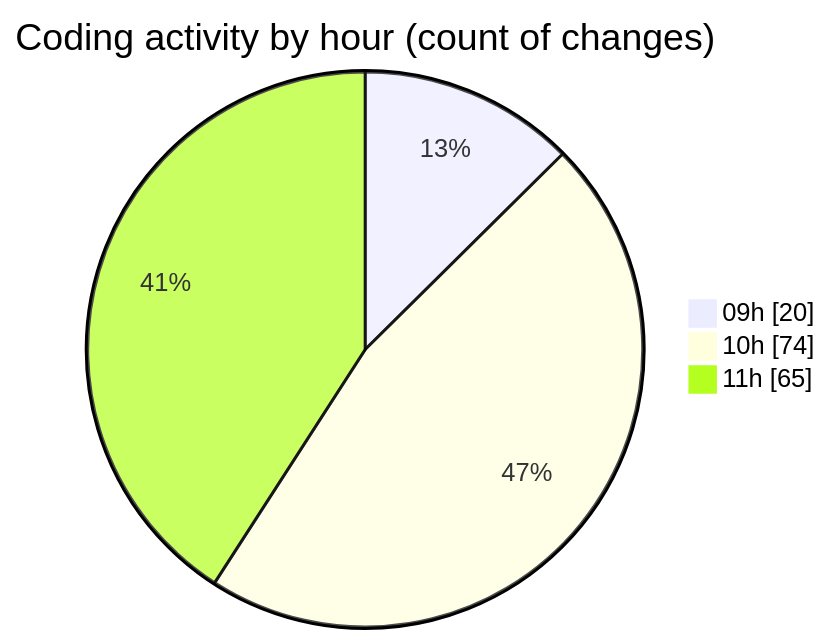
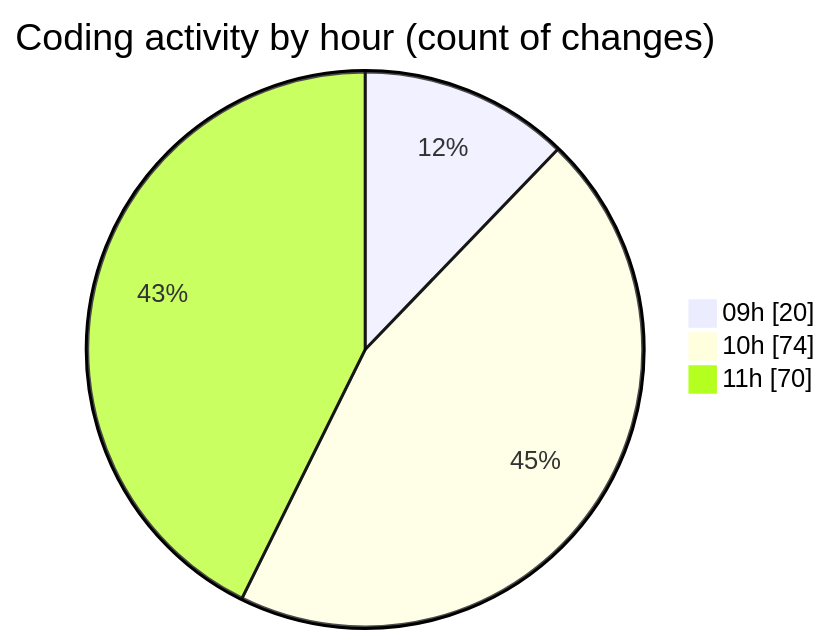
The second of 2 diagrams in 2025-06-06/ecodeli-1/README.md (CELIANVF/code-tracking), drawn with Mermaid before and after one commit. The commit also changed other lines of this file and 1 other file, not shown here.

````diff
--- a/2025-06-06/ecodeli-1/README.md
+++ b/2025-06-06/ecodeli-1/README.md
@@ -78,7 +80,7 @@
 ```mermaid
 pie showData
 title Coding activity by hour (count of changes)
 "09h" : 20
 "10h" : 74
-"11h" : 65
+"11h" : 70
 ```
````
